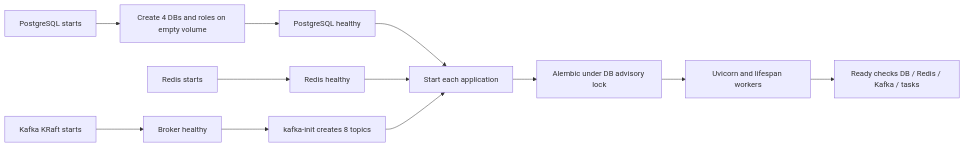
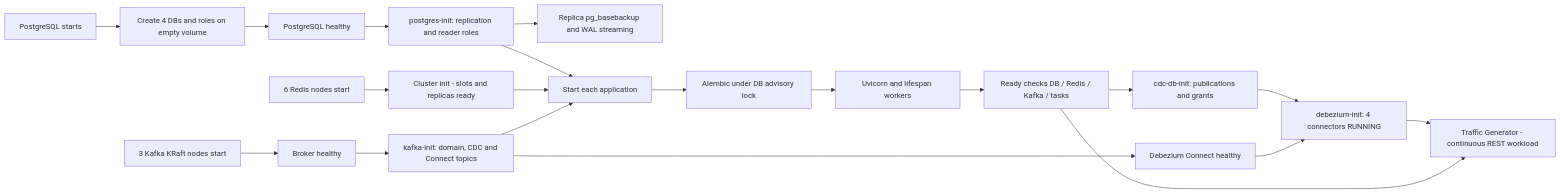
Before and after one commit to Huy-8bit/interview: the fourth of 5 diagrams in lab/docs/SYSTEM_DESIGN.md, drawn with Mermaid. The commit also changed other lines of this file and 143 other files, not shown here.

First line of the commit message:
feat(tests): enhance vehicle service tests and add traffic generator

````diff
--- a/lab/docs/SYSTEM_DESIGN.md
+++ b/lab/docs/SYSTEM_DESIGN.md
@@ -158,15 +168,23 @@
 ```mermaid
 flowchart LR
     %% diagram: startup-dependencies
     postgres["PostgreSQL starts"] --> dbInit["Create 4 DBs and roles on empty volume"]
     dbInit --> pgReady["PostgreSQL healthy"]
-    redis["Redis starts"] --> redisReady["Redis healthy"]
-    kafka["Kafka KRaft starts"] --> brokerReady["Broker healthy"]
-    brokerReady --> topicInit["kafka-init creates 8 topics"]
-    pgReady --> appStart["Start each application"]
+    redis["6 Redis nodes start"] --> redisReady["Cluster init - slots and replicas ready"]
+    kafka["3 Kafka KRaft nodes start"] --> brokerReady["Broker healthy"]
+    brokerReady --> topicInit["kafka-init: domain, CDC and Connect topics"]
+    pgReady --> replicationInit["postgres-init: replication and reader roles"]
+    replicationInit --> replica["Replica pg_basebackup and WAL streaming"]
+    replicationInit --> appStart["Start each application"]
     redisReady --> appStart
     topicInit --> appStart
     appStart --> migration["Alembic under DB advisory lock"]
     migration --> api["Uvicorn and lifespan workers"]
     api --> readiness["Ready checks DB / Redis / Kafka / tasks"]
+    readiness --> cdcInit["cdc-db-init: publications and grants"]
+    topicInit --> connect["Debezium Connect healthy"]
+    cdcInit --> register["debezium-init: 4 connectors RUNNING"]
+    connect --> register
+    register --> traffic["Traffic Generator - continuous REST workload"]
+    readiness --> traffic
 ```
````
